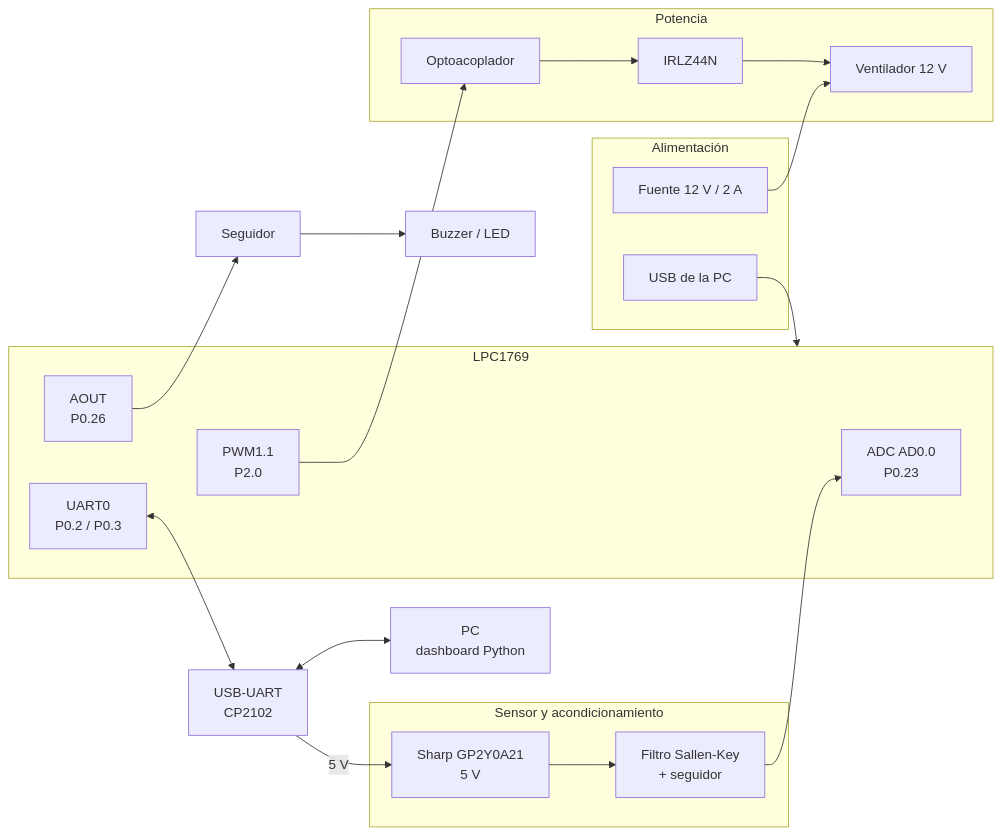
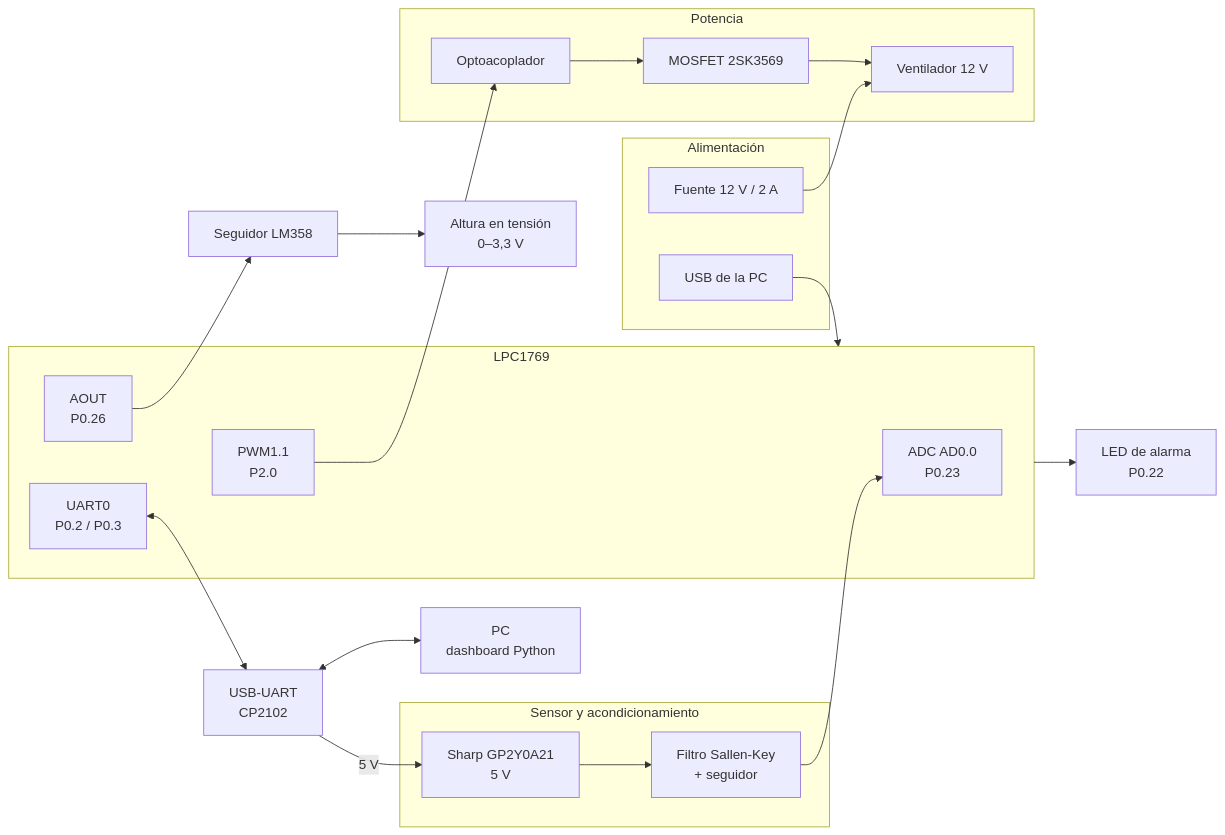
The second of 2 diagrams in docs/armado_del_tp.md (BraianGimenez05/TP-Final-de-ED3), drawn with Mermaid before and after one commit. The commit also changed other lines of this file and 3 other files, not shown here.

````diff
--- a/docs/armado_del_tp.md
+++ b/docs/armado_del_tp.md
@@ -36,34 +36,36 @@
 ```mermaid
 flowchart LR
     subgraph ALIM[Alimentación]
         F12[Fuente 12 V / 2 A]
         USB[USB de la PC]
     end
     subgraph SENS[Sensor y acondicionamiento]
         SH[Sharp GP2Y0A21<br/>5 V]
         FIL[Filtro Sallen-Key<br/>+ seguidor]
     end
     subgraph LPC[LPC1769]
         ADC[ADC AD0.0<br/>P0.23]
         PWM[PWM1.1<br/>P2.0]
         DAC[AOUT<br/>P0.26]
         UART[UART0<br/>P0.2 / P0.3]
     end
     subgraph POT[Potencia]
         OPT[Optoacoplador]
-        MOS[IRLZ44N]
+        MOS[MOSFET 2SK3569]
         VEN[Ventilador 12 V]
     end
-    BUF[Seguidor]
-    BUZ[Buzzer / LED]
+    BUF[Seguidor LM358]
+    VOUT[Altura en tensión<br/>0–3,3 V]
+    LED[LED de alarma<br/>P0.22]
     CP[USB-UART<br/>CP2102]
     PC[PC<br/>dashboard Python]
 
     SH --> FIL --> ADC
     PWM --> OPT --> MOS --> VEN
     F12 --> VEN
-    DAC --> BUF --> BUZ
+    DAC --> BUF --> VOUT
+    LPC --> LED
     UART <--> CP <--> PC
     USB --> LPC
     CP -- 5 V --> SH
 ```
````
